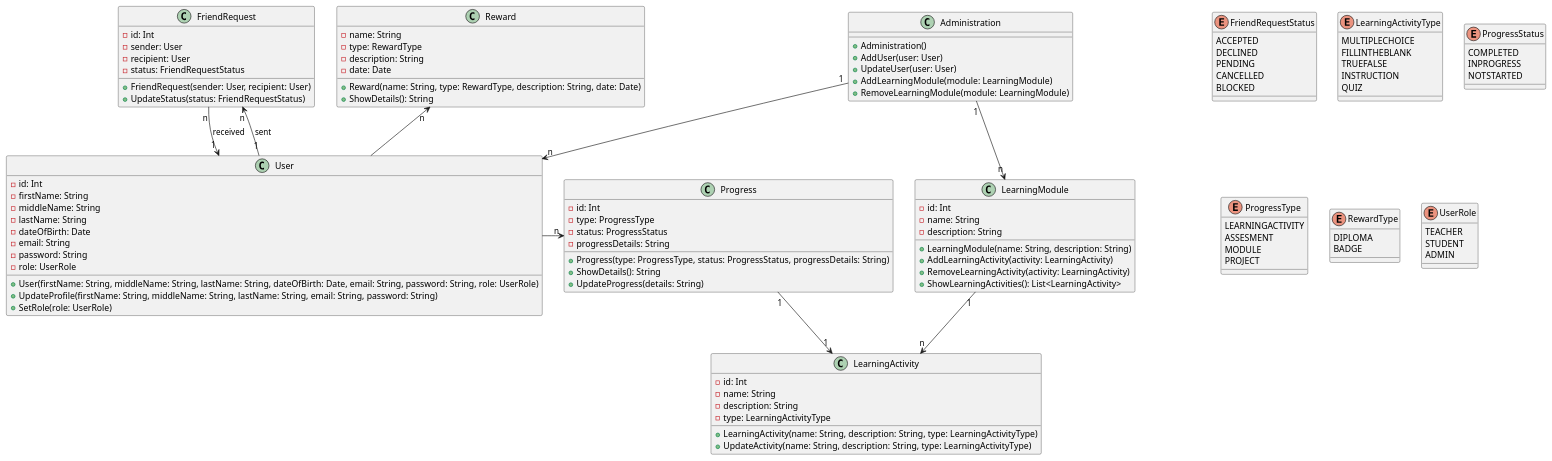
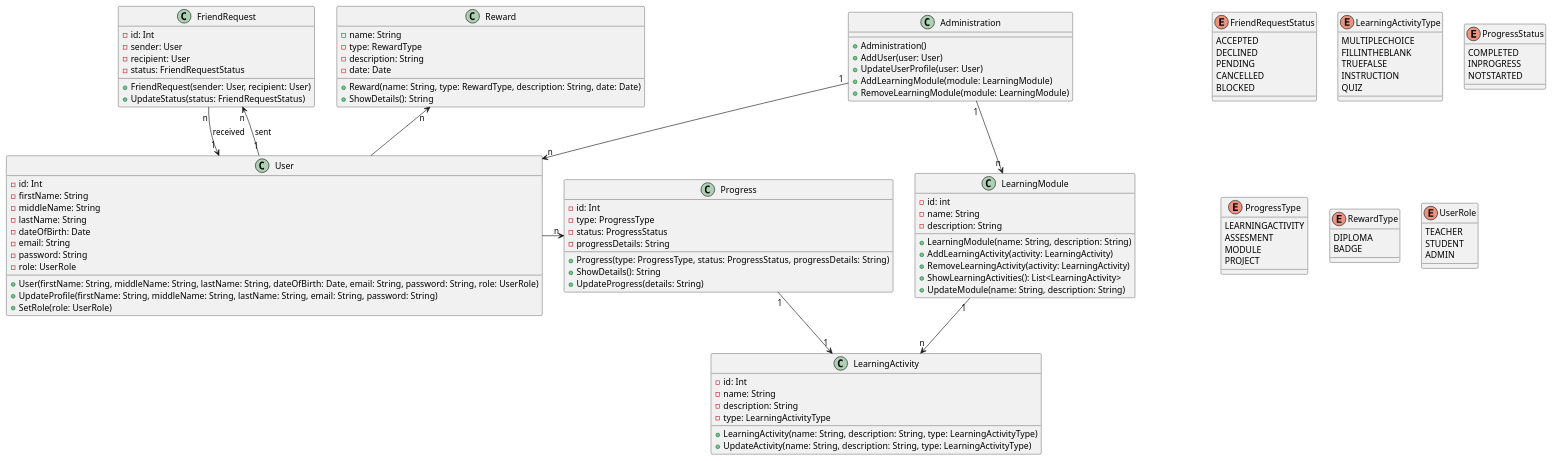
The diagram in doc/classdiagram.puml (janvanhest/ap2-cmk), drawn with PlantUML before and after one commit. The commit also changed 1 other file, not shown here.

```diff
--- a/doc/classdiagram.puml
+++ b/doc/classdiagram.puml
@@ -1,126 +1,127 @@
 @startuml
 
 enum FriendRequestStatus {
     ACCEPTED
     DECLINED
     PENDING
     CANCELLED
     BLOCKED
 }
 
 enum LearningActivityType {
     MULTIPLECHOICE
     FILLINTHEBLANK
     TRUEFALSE
     INSTRUCTION
     QUIZ
 }
 
 enum ProgressStatus {
     COMPLETED
     INPROGRESS
     NOTSTARTED
 }
 
 enum ProgressType {
     LEARNINGACTIVITY
     ASSESMENT
     MODULE
     PROJECT
 }
 
 enum RewardType {
     DIPLOMA
     BADGE
 }
 
 enum UserRole {
     TEACHER
     STUDENT
     ADMIN
 }
 
 class Administration {
     + Administration()
     + AddUser(user: User)
-    + UpdateUser(user: User)
+    + UpdateUserProfile(user: User)
     + AddLearningModule(module: LearningModule)
     + RemoveLearningModule(module: LearningModule)
 }
 
 class FriendRequest {
     - id: Int
     - sender: User
     - recipient: User
     - status: FriendRequestStatus
     +FriendRequest(sender: User, recipient: User)
     +UpdateStatus(status: FriendRequestStatus)
 }
 
 class LearningActivity {
     -id: Int
     -name: String
     -description: String
     -type: LearningActivityType
     +LearningActivity(name: String, description: String, type: LearningActivityType)
     +UpdateActivity(name: String, description: String, type: LearningActivityType)
 }
 
 class LearningModule {
-    -id: Int
+    -id: int
     -name: String
     -description: String
     +LearningModule(name: String, description: String)
     +AddLearningActivity(activity: LearningActivity)
     +RemoveLearningActivity(activity: LearningActivity)
     +ShowLearningActivities(): List<LearningActivity>
+    +UpdateModule(name: String, description: String)
 }
 
 class Progress {
     -id: Int
     -type: ProgressType
     -status: ProgressStatus
     -progressDetails: String
     +Progress(type: ProgressType, status: ProgressStatus, progressDetails: String)
     +ShowDetails(): String
     +UpdateProgress(details: String)
 }
 
 class Reward {
     -name: String
     -type: RewardType
     -description: String
     -date: Date
     +Reward(name: String, type: RewardType, description: String, date: Date)
     +ShowDetails(): String
 }
 
 class User {
     -id: Int
     -firstName: String
     -middleName: String
     -lastName: String
     -dateOfBirth: Date
     -email: String
     -password: String
     -role: UserRole
     +User(firstName: String, middleName: String, lastName: String, dateOfBirth: Date, email: String, password: String, role: UserRole)
     +UpdateProfile(firstName: String, middleName: String, lastName: String, email: String, password: String)
     +SetRole(role: UserRole)
 }
 
 Administration "1" -right-> "n" User
 Administration "1" -down-> "n" LearningModule
 
 User -up-> "n" Reward
 User -right-> "n" Progress
 
 User "1" -up-> "n" FriendRequest : sent
 User "1" <-up- "n" FriendRequest : received
 
 Progress "1" -down-> "1" LearningActivity
 
 LearningModule "1" --> "n" LearningActivity
 
 
 @enduml
```
